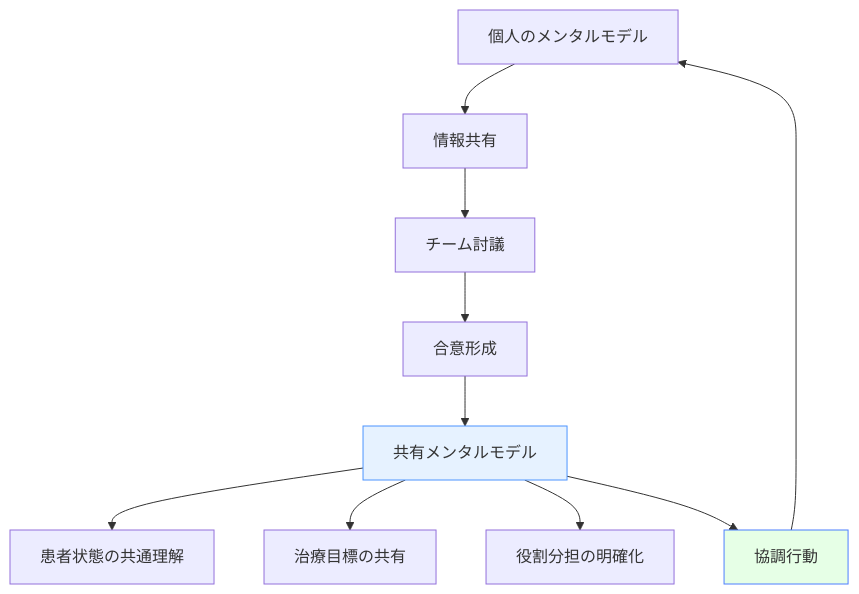
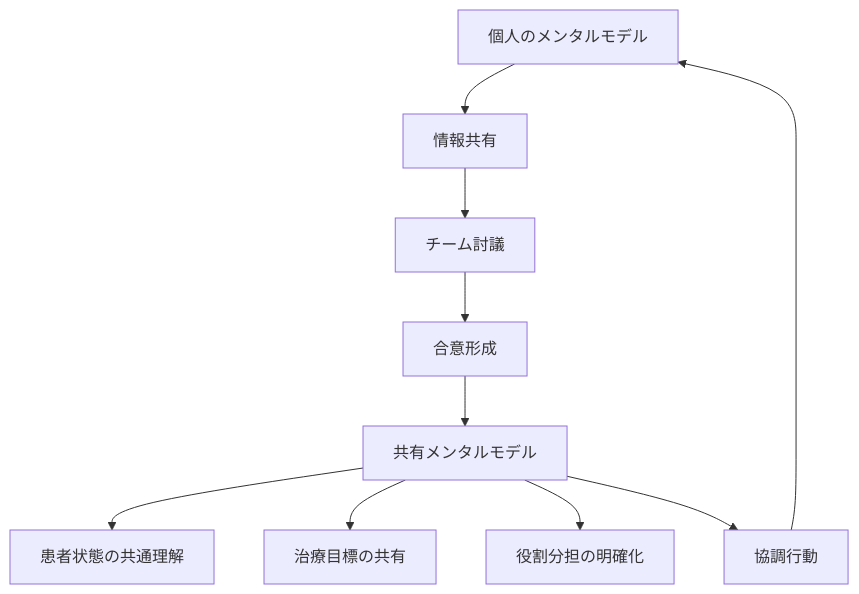
The sixth of 7 diagrams in docs/applications/medical-sa.md (shuji-bonji/Situational-Awareness-and-Decision-Making), drawn with Mermaid before and after one commit. The commit also changed other lines of this file and 49 other files, not shown here.

Commit message:
fix: ダークモードで見づらい図の色の変更

````diff
--- a/docs/applications/medical-sa.md
+++ b/docs/applications/medical-sa.md
@@ -367,17 +367,17 @@
 ```mermaid
 graph TB
     A[個人のメンタルモデル] --> B[情報共有]
     B --> C[チーム討議]
     C --> D[合意形成]
     D --> E[共有メンタルモデル]
     
     E --> G[患者状態の共通理解]
     E --> H[治療目標の共有]
     E --> I[役割分担の明確化]
     E --> F[協調行動]
 
     F ---> A
     
-    style E fill:#e6f2ff,stroke:#4d94ff
-    style F fill:#e6ffe6,stroke:#4d7fff
+
+
 ```
````
